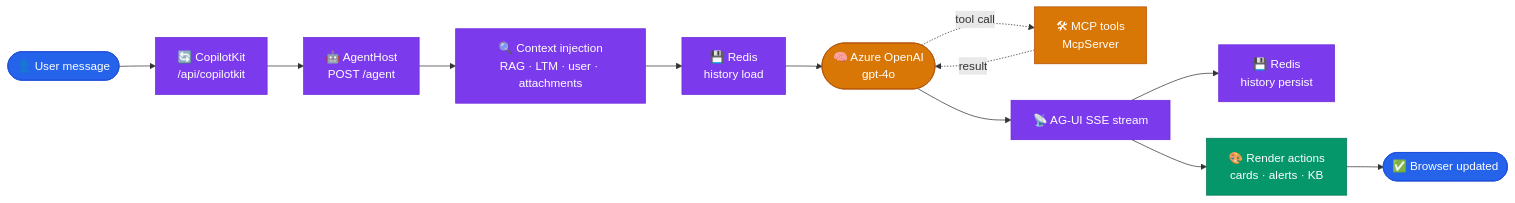
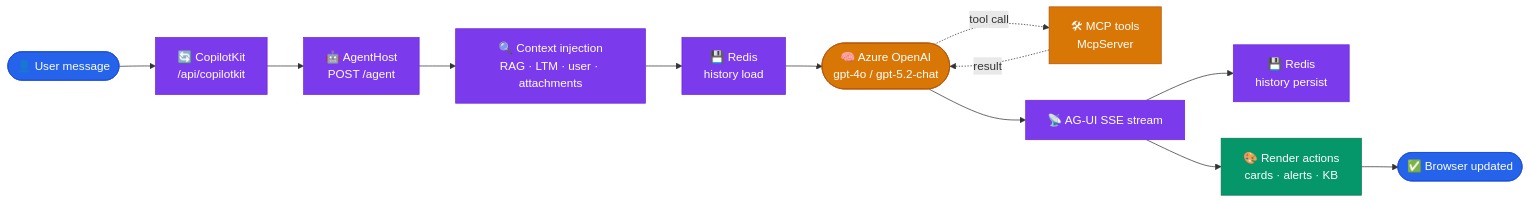
One commit to sreyanchoudhury/HelpdeskAI.CSharp changed the second of 2 diagrams in README.md. Above: the diagram before and after it, drawn with Mermaid. The commit also changed other lines of this file and 11 other files, not shown here.

Commit message:
fix: stabilize route handoff flow and add regression cleanup docs

````diff
--- a/README.md
+++ b/README.md
@@ -438,30 +441,30 @@
 ```mermaid
 flowchart LR
     classDef user   fill:#2563eb,stroke:#1d4ed8,color:#fff
     classDef infra  fill:#7c3aed,stroke:#6d28d9,color:#fff
     classDef ai     fill:#d97706,stroke:#b45309,color:#fff
     classDef result fill:#059669,stroke:#047857,color:#fff
 
     U(["👤 User message"])
     CK["🔄 CopilotKit<br/>/api/copilotkit"]
     AH["🤖 AgentHost<br/>POST /agent"]
     CTX["🔍 Context injection<br/>RAG · LTM · user · attachments"]
     RH["💾 Redis<br/>history load"]
-    LLM(["🧠 Azure OpenAI<br/>gpt-4o"])
+    LLM(["🧠 Azure OpenAI<br/>gpt-4o / gpt-5.2-chat"])
     MCP["🛠 MCP tools<br/>McpServer"]
     SSE["📡 AG-UI SSE stream"]
     RP["💾 Redis<br/>history persist"]
     RA["🎨 Render actions<br/>cards · alerts · KB"]
     R(["✅ Browser updated"])
 
     U --> CK --> AH --> CTX --> RH --> LLM
     LLM -. tool call .-> MCP
     MCP -. result .-> LLM
     LLM --> SSE --> RP
     SSE --> RA --> R
 
     class U,R user
     class CK,AH,CTX,RH,SSE,RP infra
     class LLM,MCP ai
     class RA result
 ```
````
